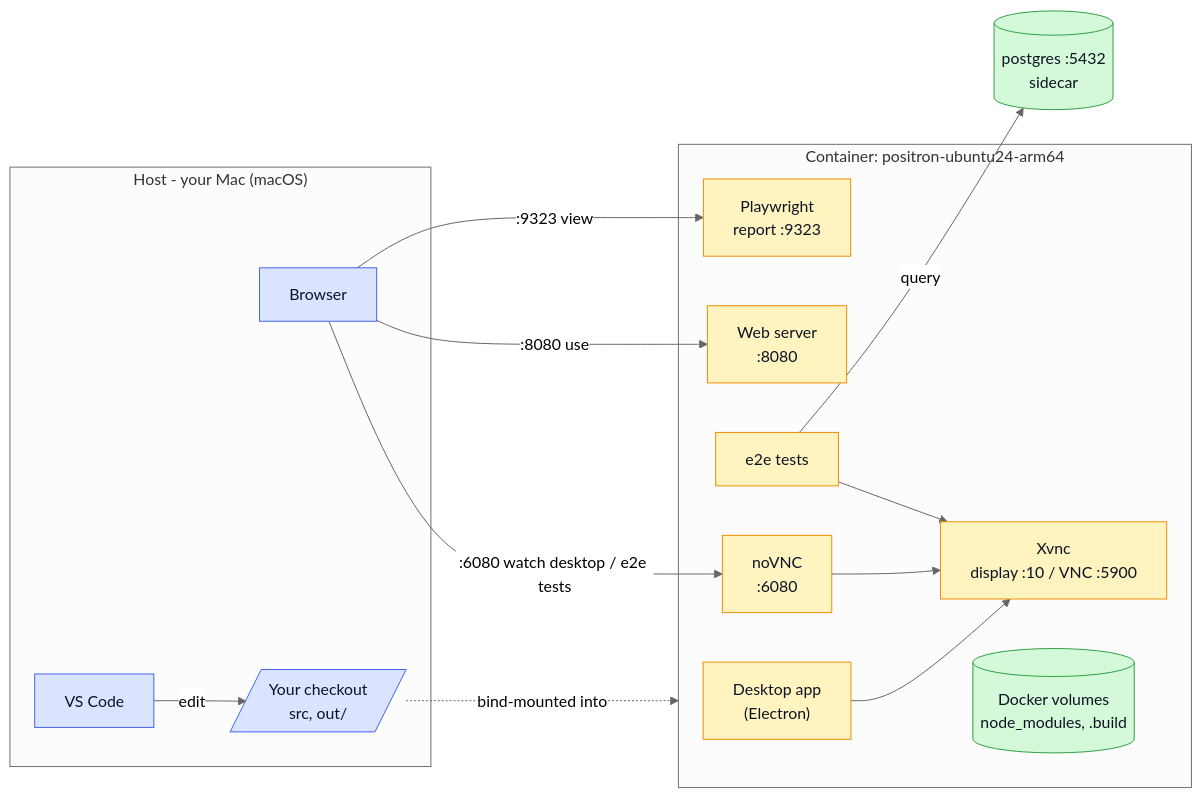
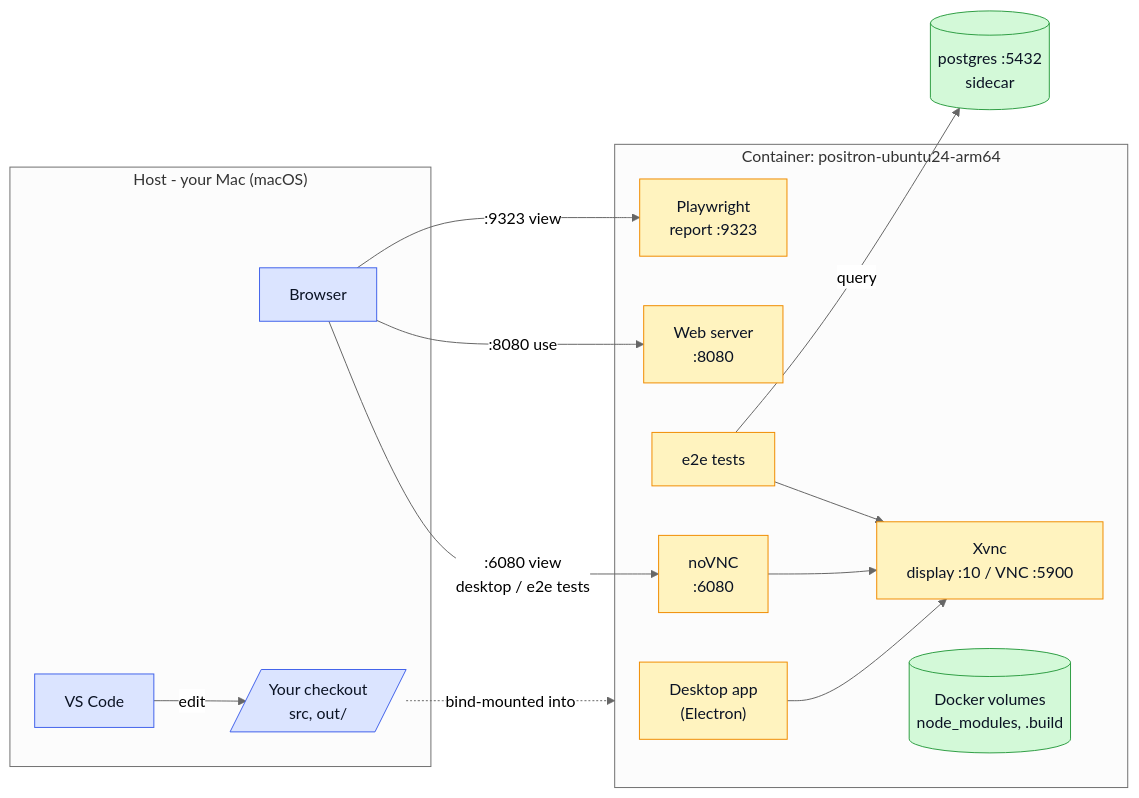
One commit to posit-dev/positron changed the diagram in .devcontainer/ci-arm/README.md. Above: the diagram before and after it, drawn with Mermaid (neutral theme). The commit also changed other lines of this file, not shown here.

First line of the commit message:
ci-arm: diagram label "view", align watch->view, re-ASCII

````diff
--- a/.devcontainer/ci-arm/README.md
+++ b/.devcontainer/ci-arm/README.md
@@ -128,36 +128,36 @@
 ```mermaid
 flowchart LR
     subgraph host["Host - your Mac (macOS)"]
         code["VS Code"]
         web["Browser"]
         src[/"Your checkout<br/>src, out/"/]
     end
     subgraph ctr["Container: positron-ubuntu24-arm64"]
         desk["Desktop app<br/>(Electron)"]
         srv["Web server<br/>:8080"]
         e2e["e2e tests"]
         nov["noVNC<br/>:6080"]
         xvnc["Xvnc<br/>display :10 / VNC :5900"]
         rep["Playwright<br/>report :9323"]
         vols[("Docker volumes<br/>node_modules, .build")]
     end
     pg[("postgres :5432<br/>sidecar")]
 
     code -->|edit| src
     src -. bind-mounted into .-> ctr
     desk --> xvnc
     e2e --> xvnc
     nov --> xvnc
-    web -->|":6080 watch desktop / e2e tests"| nov
+    web -->|":6080 view<br/>desktop / e2e tests"| nov
     web -->|":8080 use"| srv
     web -->|":9323 view"| rep
     e2e -->|query| pg
 
     classDef hostcls fill:#dbe4ff,stroke:#4263eb,color:#0b1324
     classDef contcls fill:#fff3bf,stroke:#f08c00,color:#0b1324
     classDef storcls fill:#d3f9d8,stroke:#2f9e44,color:#0b1324
     class code,web hostcls
     class desk,srv,e2e,nov,xvnc,rep contcls
     class src hostcls
     class vols,pg storcls
 ```
````
